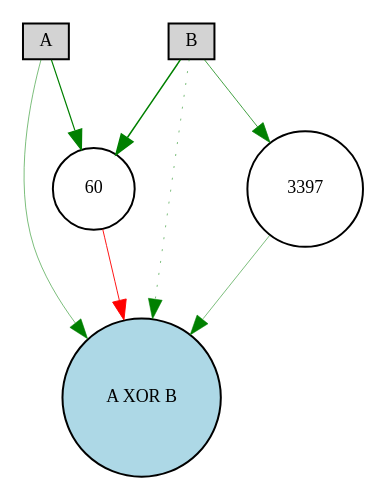
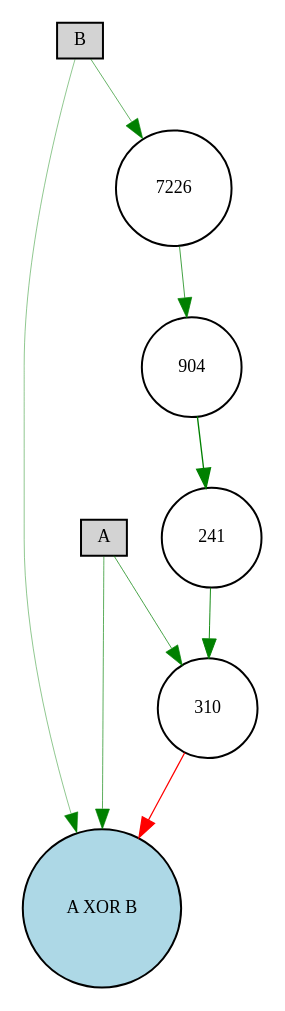
The diagram in examples/xor/Digraph.gv (felix0901/NEAT), drawn with Graphviz before and after one commit. The commit also changed 12 other files, not shown here.

```diff
--- a/examples/xor/Digraph.gv
+++ b/examples/xor/Digraph.gv
@@ -1,15 +1,18 @@
 digraph {
 	node [fontsize=9 height=0.2 shape=circle width=0.2]
 	A [fillcolor=lightgray shape=box style=filled]
 	B [fillcolor=lightgray shape=box style=filled]
 	"A XOR B" [fillcolor=lightblue style=filled]
-	60 [fillcolor=white style=filled]
-	3397 [fillcolor=white style=filled]
-	A -> 60 [color=green penwidth=0.5987513783116261 style=solid]
-	60 -> "A XOR B" [color=red penwidth=0.4585132632794495 style=solid]
-	B -> 60 [color=green penwidth=0.7713743929807734 style=solid]
-	B -> "A XOR B" [color=green penwidth=0.2589873634609602 style=dotted]
-	B -> 3397 [color=green penwidth=0.36766880805950486 style=solid]
-	3397 -> "A XOR B" [color=green penwidth=0.25796868040918036 style=solid]
-	A -> "A XOR B" [color=green penwidth=0.260652061346962 style=solid]
+	904 [fillcolor=white style=filled]
+	241 [fillcolor=white style=filled]
+	310 [fillcolor=white style=filled]
+	7226 [fillcolor=white style=filled]
+	A -> 310 [color=green penwidth=0.35742924846364055 style=solid]
+	310 -> "A XOR B" [color=red penwidth=0.6170057906809606 style=solid]
+	241 -> 310 [color=green penwidth=0.4622713495414583 style=solid]
+	B -> "A XOR B" [color=green penwidth=0.21866844134365848 style=solid]
+	904 -> 241 [color=green penwidth=0.6763758579153882 style=solid]
+	A -> "A XOR B" [color=green penwidth=0.31922837698012596 style=solid]
+	B -> 7226 [color=green penwidth=0.30000000000000004 style=solid]
+	7226 -> 904 [color=green penwidth=0.3740405630611683 style=solid]
 }
```
